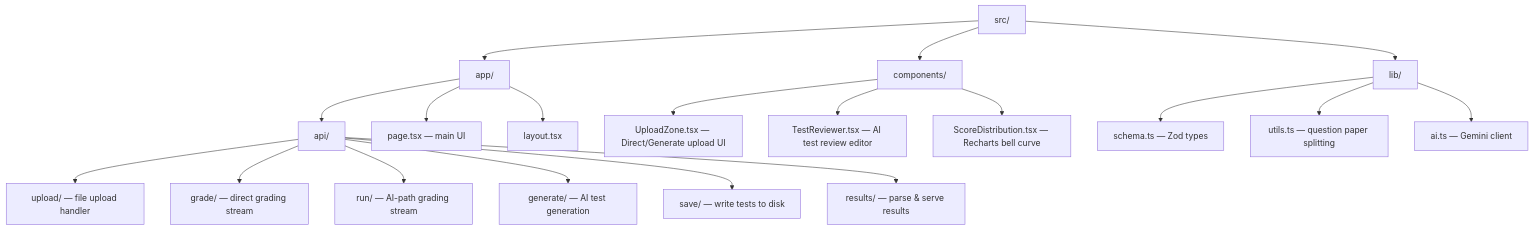
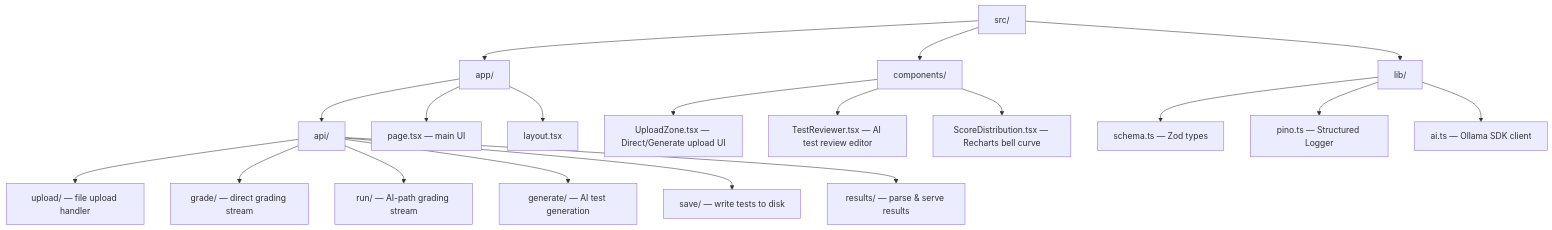
The second of 2 diagrams in dashboard/README.md (zek01svg/autograder), drawn with Mermaid before and after one commit. The commit also changed other lines of this file and 2 other files, not shown here.

````diff
--- a/dashboard/README.md
+++ b/dashboard/README.md
@@ -122,31 +135,31 @@
 ```mermaid
 graph TD
     src["src/"]
     app["app/"]
     api["api/"]
     components["components/"]
     lib["lib/"]
 
     src --> app
     src --> components
     src --> lib
 
     app --> api
     app --> page["page.tsx — main UI"]
     app --> layout["layout.tsx"]
 
     api --> upload["upload/ — file upload handler"]
     api --> grade["grade/ — direct grading stream"]
     api --> run["run/ — AI-path grading stream"]
     api --> generate["generate/ — AI test generation"]
     api --> save["save/ — write tests to disk"]
     api --> results["results/ — parse & serve results"]
 
     components --> UploadZone["UploadZone.tsx — Direct/Generate upload UI"]
     components --> TestReviewer["TestReviewer.tsx — AI test review editor"]
     components --> ScoreDistribution["ScoreDistribution.tsx — Recharts bell curve"]
 
     lib --> schema["schema.ts — Zod types"]
-    lib --> utils["utils.ts — question paper splitting"]
-    lib --> ai["ai.ts — Gemini client"]
+    lib --> pino["pino.ts — Structured Logger"]
+    lib --> ai["ai.ts — Ollama SDK client"]
 ```
````
